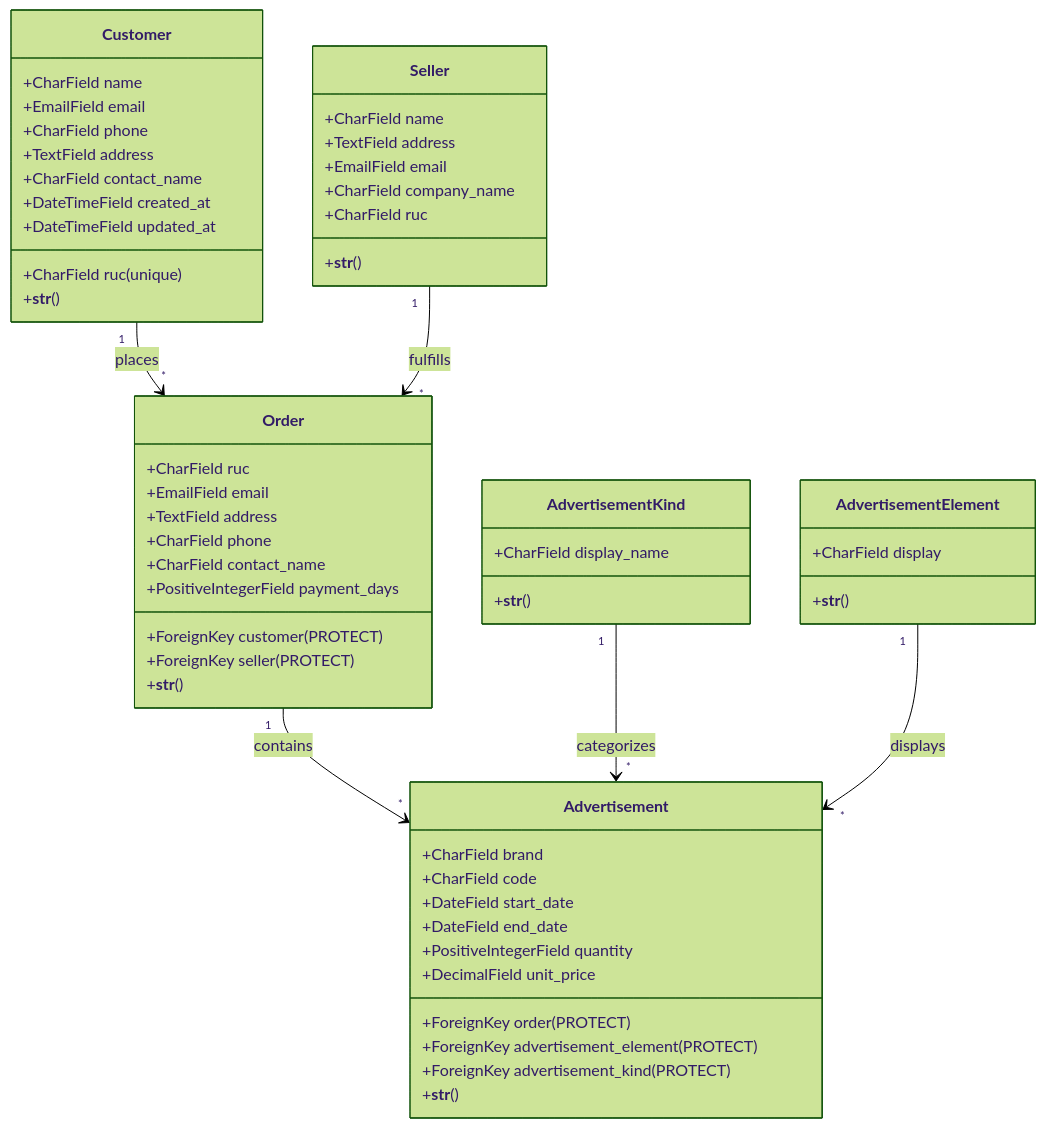
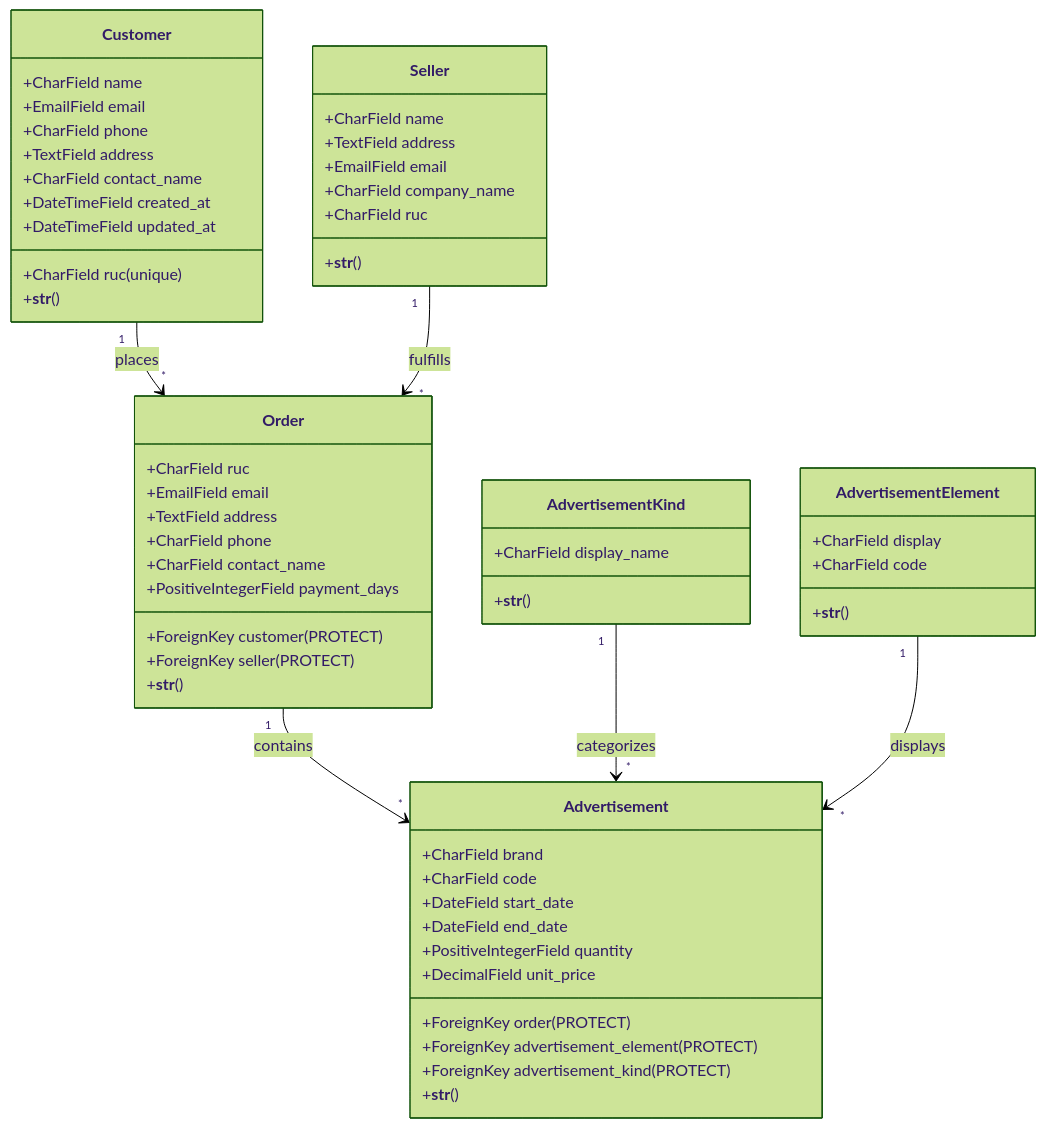
One commit to gcca/brave-orders changed the first of 5 diagrams in README.md. Above: the diagram before and after it, drawn with Mermaid (forest theme). The commit also changed other lines of this file and 1 other file, not shown here.

````diff
--- a/README.md
+++ b/README.md
@@ -110,64 +123,65 @@
 ```mermaid
 classDiagram
     class Customer {
         +CharField name
         +CharField ruc (unique)
         +EmailField email
         +CharField phone
         +TextField address
         +CharField contact_name
         +DateTimeField created_at
         +DateTimeField updated_at
         +__str__()
     }
 
     class Seller {
         +CharField name
         +TextField address
         +EmailField email
         +CharField company_name
         +CharField ruc
         +__str__()
     }
 
     class Order {
         +ForeignKey customer (PROTECT)
         +ForeignKey seller (PROTECT)
         +CharField ruc
         +EmailField email
         +TextField address
         +CharField phone
         +CharField contact_name
         +PositiveIntegerField payment_days
         +__str__()
     }
 
     class Advertisement {
         +ForeignKey order (PROTECT)
         +CharField brand
         +CharField code
         +DateField start_date
         +DateField end_date
         +PositiveIntegerField quantity
         +DecimalField unit_price
         +ForeignKey advertisement_element (PROTECT)
         +ForeignKey advertisement_kind (PROTECT)
         +__str__()
     }
 
     class AdvertisementKind {
         +CharField display_name
         +__str__()
     }
 
     class AdvertisementElement {
         +CharField display
+        +CharField code
         +__str__()
     }
 
     Customer "1" --> "*" Order : places
     Seller "1" --> "*" Order : fulfills
     Order "1" --> "*" Advertisement : contains
     AdvertisementKind "1" --> "*" Advertisement : categorizes
     AdvertisementElement "1" --> "*" Advertisement : displays
 ```
````
